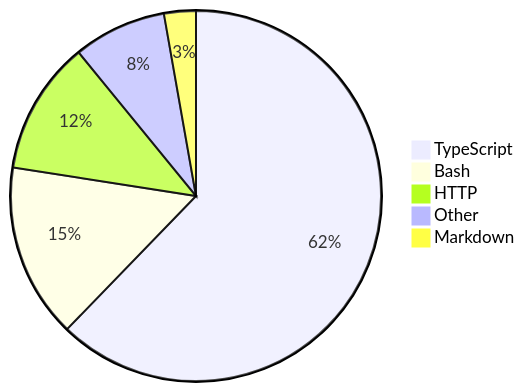
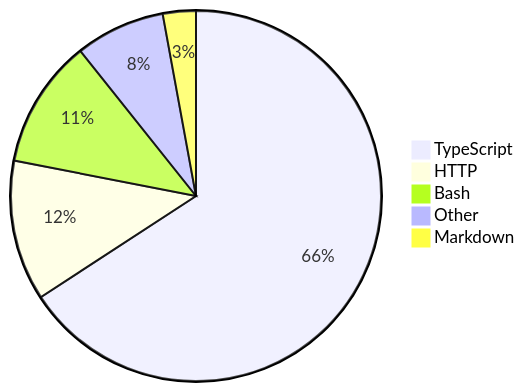
The diagram in README.md (skvggor/skvggor), drawn with Mermaid before and after one commit.

Commit message:
Updated waka-readme graph with new metrics

````diff
--- a/README.md
+++ b/README.md
@@ -16,8 +16,8 @@
 ```mermaid
 pie
-    "TypeScript" : 60.5
-    "Bash" : 14.8
-    "HTTP" : 11.3
-    "Other" : 7.9
-    "Markdown" : 2.7
+    "TypeScript" : 63.9
+    "HTTP" : 11.9
+    "Bash" : 10.9
+    "Other" : 7.6
+    "Markdown" : 2.8
 ```
````
